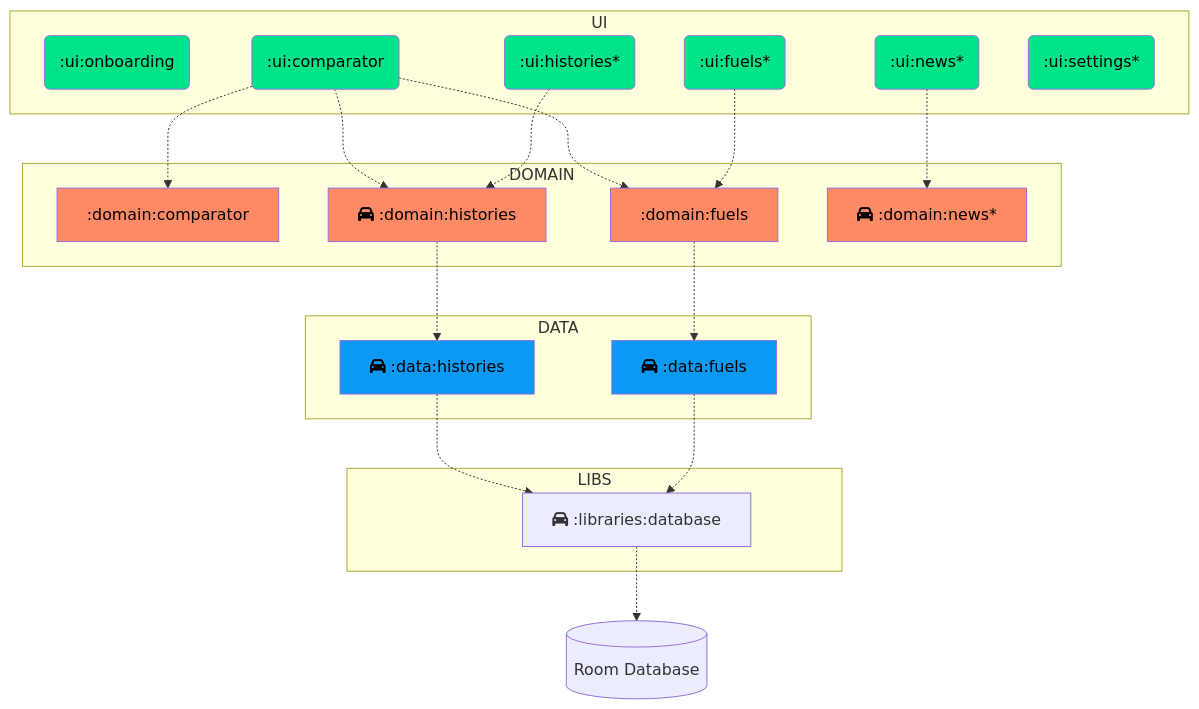
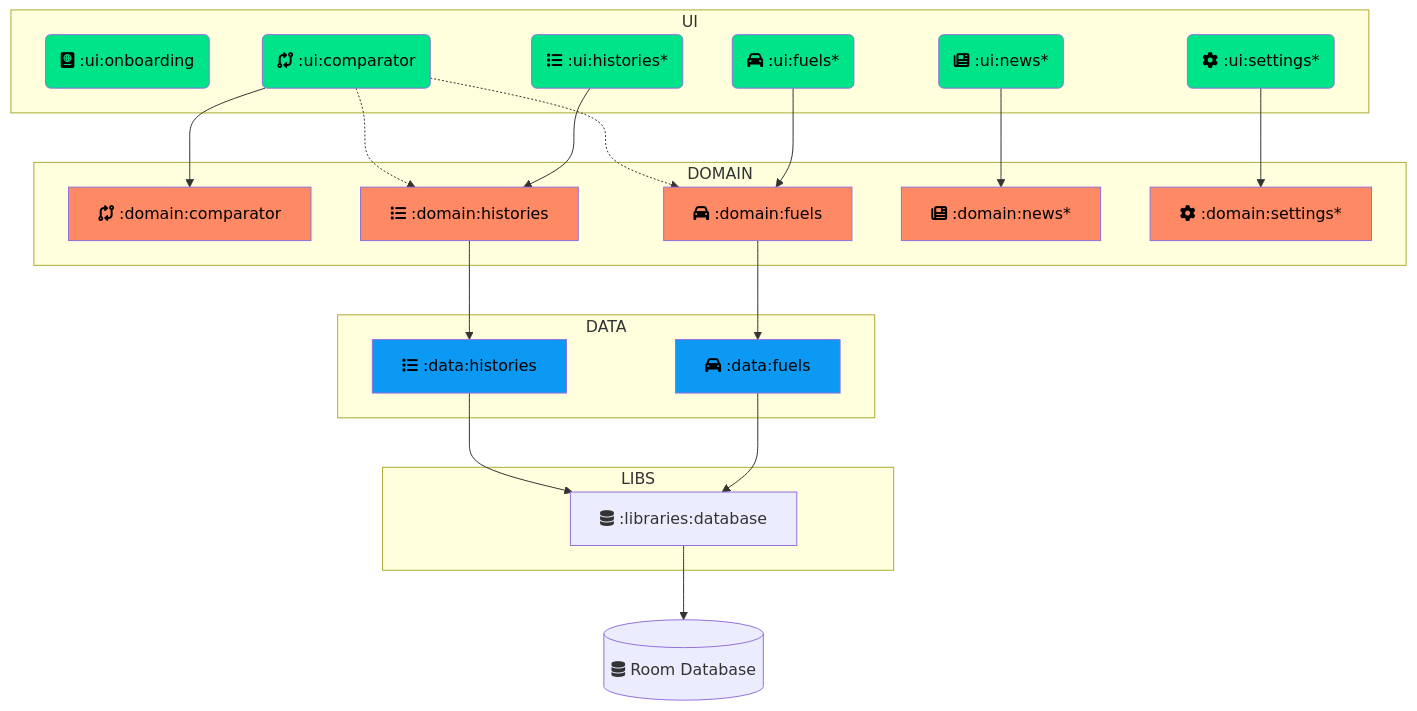
Before and after one commit to filipe1309/AbasteceAi: the first of 2 diagrams in README.md, drawn with Mermaid. The commit also changed other lines of this file, not shown here.

Commit message:
docs: update architecture mermaid flowchart

````diff
--- a/README.md
+++ b/README.md
@@ -56,36 +56,37 @@
 ```mermaid
 flowchart TD
     subgraph clusterUI[UI]
-        UI_ONBOARDING(:ui:onboarding):::ui
-        UI_COMPARATOR(:ui:comparator)
-        UI_HISTORIES(:ui:histories*)
-        UI_FUELS(:ui:fuels*)
-        UI_NEWS(:ui:news*)
-        UI_SETTINGS(:ui:settings*):::ui
+        UI_ONBOARDING(fa:fa-passport :ui:onboarding):::ui
+        UI_COMPARATOR(fa:fa-code-compare :ui:comparator):::ui
+        UI_HISTORIES(fa:fa-list :ui:histories*):::ui
+        UI_FUELS(fa:fa-car :ui:fuels*):::ui
+        UI_NEWS(fa:fa-newspaper :ui:news*):::ui
+        UI_SETTINGS(fa:fa-gear :ui:settings*):::ui
     end
     
     subgraph clusterDOMAIN[DOMAIN]
-        UI_COMPARATOR:::ui -.-> DOMAIN_COMPARATOR[:domain:comparator]:::domain
-        UI_COMPARATOR -.-> DOMAIN_FUELS[:domain:fuels]:::domain
-        UI_COMPARATOR -.-> DOMAIN_HISTORIES[fa:fa-car :domain:histories]:::domain
-        UI_FUELS:::ui -.-> DOMAIN_FUELS[:domain:fuels]
-        UI_HISTORIES:::ui -.-> DOMAIN_HISTORIES[fa:fa-car :domain:histories]
-        UI_NEWS:::ui -.-> DOMAIN_NEWS[fa:fa-car :domain:news*]:::domain
+        UI_COMPARATOR -->  DOMAIN_COMPARATOR[fa:fa-code-compare :domain:comparator]:::domain
+        UI_COMPARATOR -.-> DOMAIN_FUELS[fa:fa-car :domain:fuels]:::domain
+        UI_COMPARATOR -.-> DOMAIN_HISTORIES[fa:fa-list :domain:histories]:::domain
+        UI_FUELS      -->  DOMAIN_FUELS
+        UI_HISTORIES  -->  DOMAIN_HISTORIES
+        UI_NEWS       -->  DOMAIN_NEWS[fa:fa-newspaper :domain:news*]:::domain
+        UI_SETTINGS   -->  DOMAIN_SETTINGS[fa:fa-gear :domain:settings*]:::domain
     end
     
     subgraph clusterDATA[DATA]
-        DOMAIN_HISTORIES -.-> DATA_HISTORIES[fa:fa-car :data:histories]
-        DOMAIN_FUELS -.-> DATA_FUELS[fa:fa-car :data:fuels]
+        DOMAIN_HISTORIES --> DATA_HISTORIES[fa:fa-list :data:histories]
+        DOMAIN_FUELS     --> DATA_FUELS[fa:fa-car :data:fuels]
     end
 
     subgraph clusterLIBS[LIBS]
-        DATA_HISTORIES:::data -.-> LIB_DATABASE[fa:fa-car :libraries:database]
-        DATA_FUELS:::data -.-> LIB_DATABASE[fa:fa-car :libraries:database]
+        DATA_HISTORIES:::data --> LIB_DATABASE[fa:fa-database :libraries:database]
+        DATA_FUELS:::data     --> LIB_DATABASE
     end
     
-    LIB_DATABASE -.-> id1[(Room Database)]
+    LIB_DATABASE --> id1[(fa:fa-database Room Database)]
     
     classDef ui fill:#00e489,color:#000
     classDef domain fill:#fe8a65,color:#000
     classDef data fill:#0b99f3,color:#000
 ```
````
